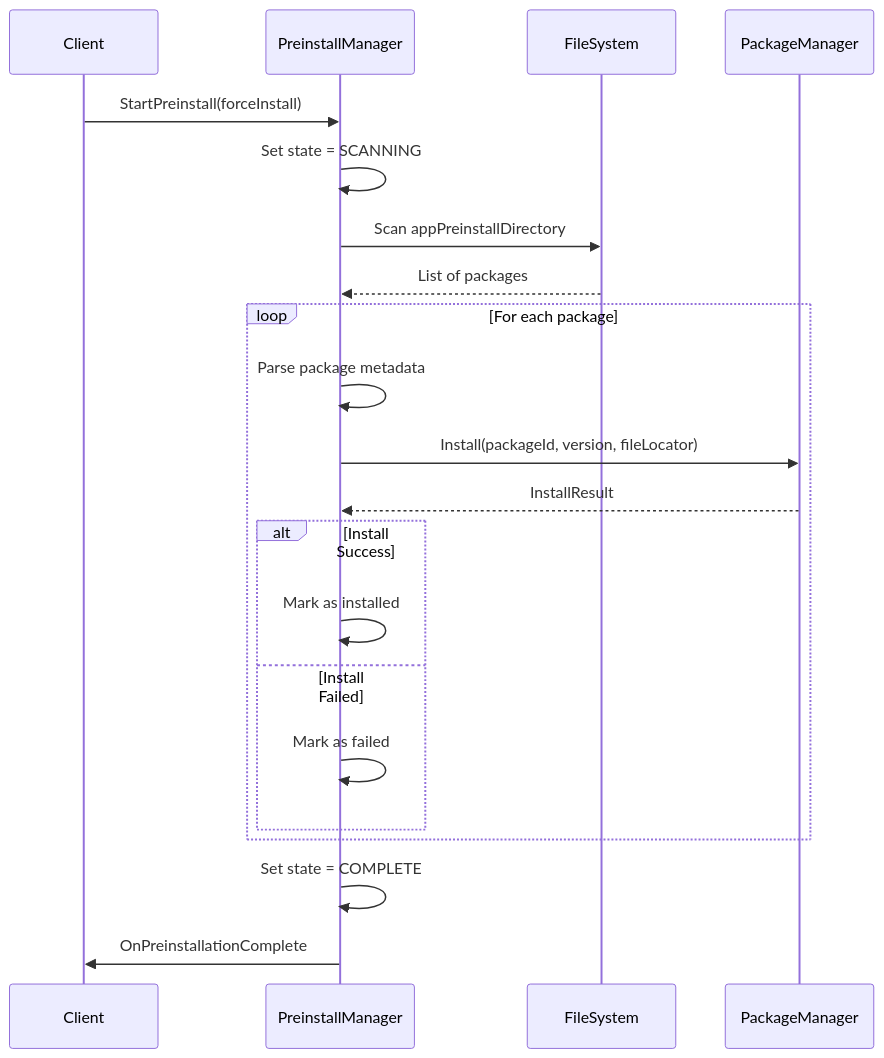
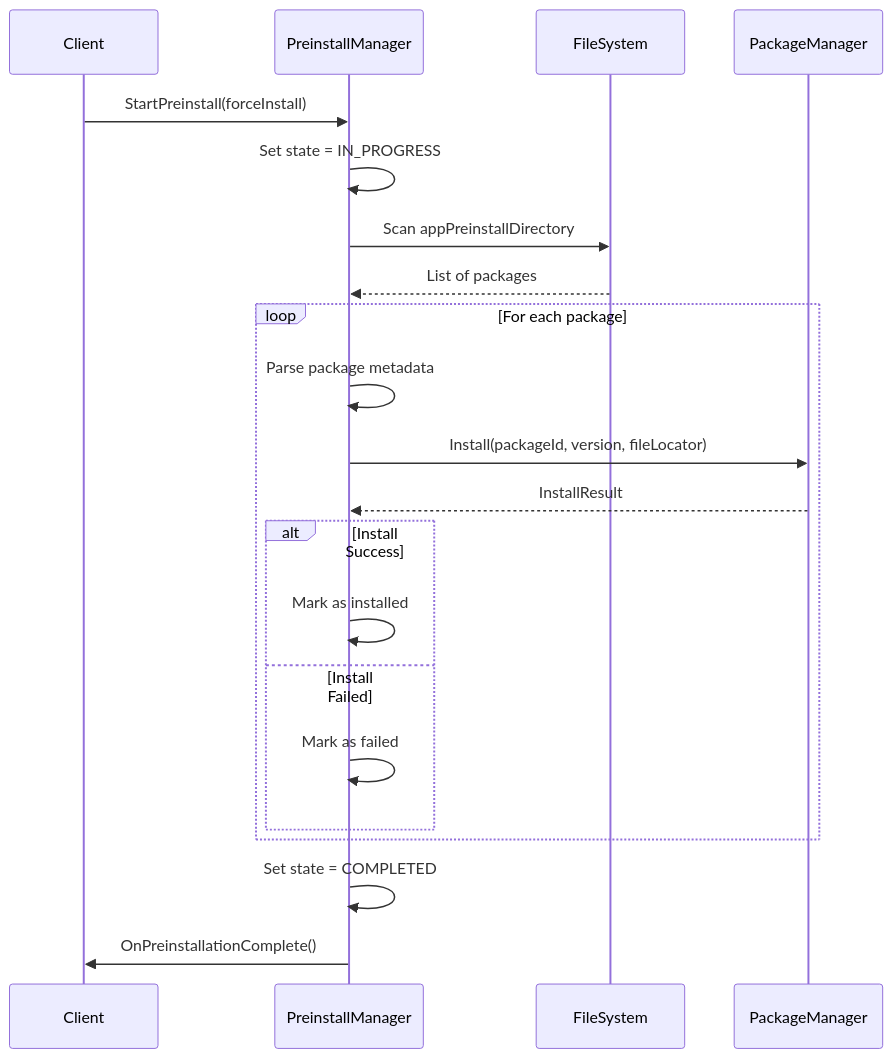
The second of 5 diagrams in PreinstallManager/PreinstallManager.md (rdkcentral/entservices-appmanagers), drawn with Mermaid before and after one commit. The commit also changed other lines of this file and 6 other files, not shown here.

````diff
--- a/PreinstallManager/PreinstallManager.md
+++ b/PreinstallManager/PreinstallManager.md
@@ -152,26 +145,26 @@
 ```mermaid
 sequenceDiagram
     participant Client
     participant PM as PreinstallManager
     participant FS as FileSystem
     participant PKG as PackageManager
 
     Client->>PM: StartPreinstall(forceInstall)
-    PM->>PM: Set state = SCANNING
+    PM->>PM: Set state = IN_PROGRESS
     PM->>FS: Scan appPreinstallDirectory
     FS-->>PM: List of packages
 
     loop For each package
         PM->>PM: Parse package metadata
         PM->>PKG: Install(packageId, version, fileLocator)
         PKG-->>PM: InstallResult
         alt Install Success
             PM->>PM: Mark as installed
         else Install Failed
             PM->>PM: Mark as failed
         end
     end
 
-    PM->>PM: Set state = COMPLETE
-    PM->>Client: OnPreinstallationComplete
+    PM->>PM: Set state = COMPLETED
+    PM->>Client: OnPreinstallationComplete()
 ```
````
